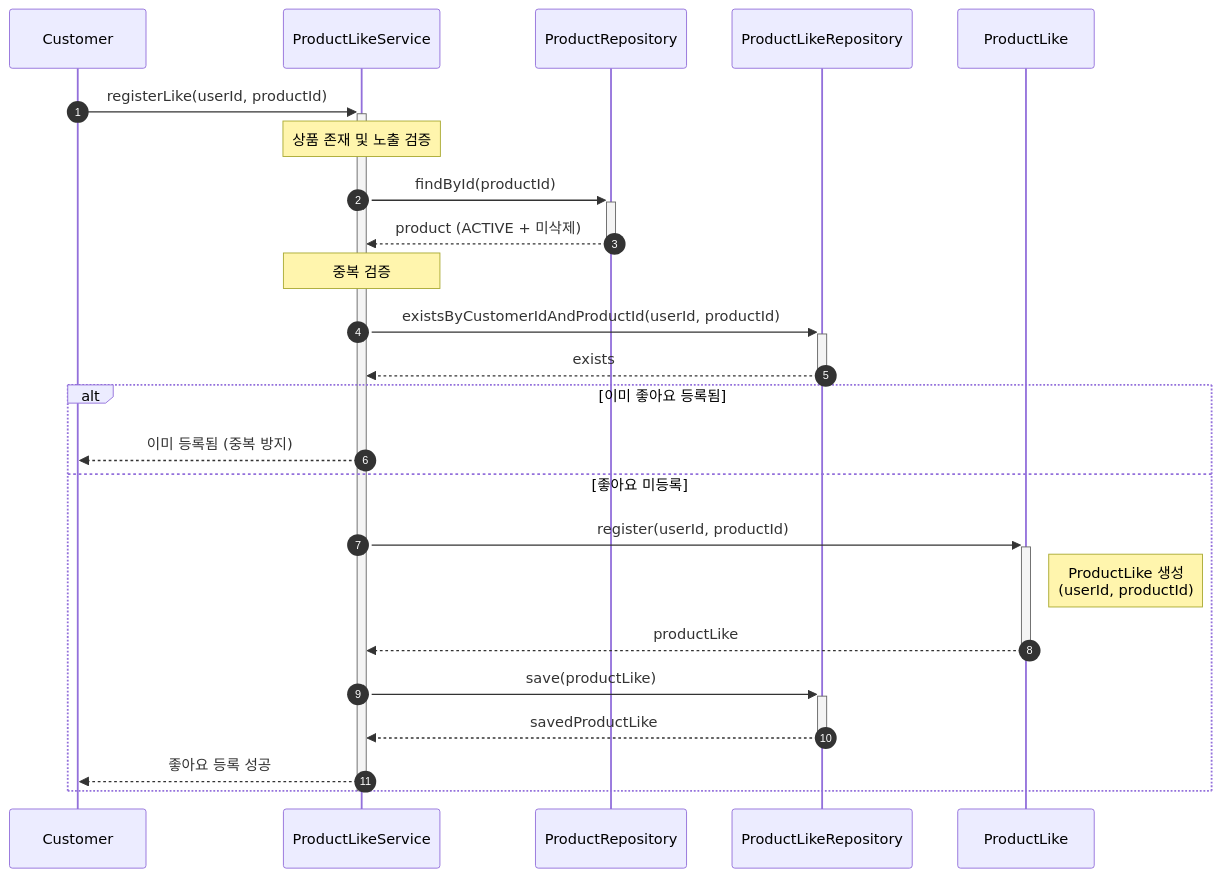
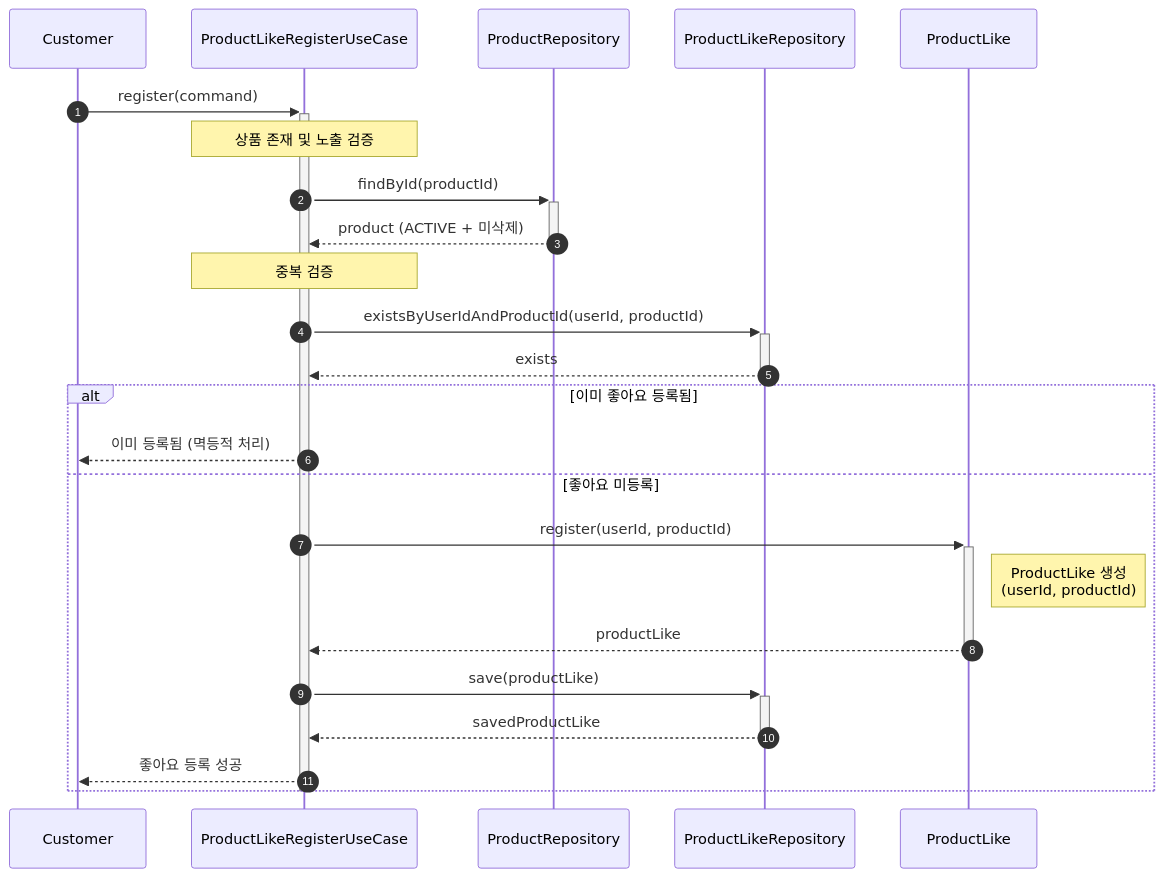
One commit to Loopers-dev-lab/loop-pack-be-l2-vol3-kotlin changed the third of 5 diagrams in docs/design/03-sequence-diagram.md. Above: the diagram before and after it, drawn with Mermaid. The commit also changed other lines of this file and 1 other file, not shown here.

Commit message:
docs: 클래스 다이어그램, 시퀀스 다이어그램 구현 반영
- Product 클래스: regularPrice/sellingPrice 분리, imageUrl/thumbnailUrl/likeCount 추가
- 시퀀스 다이어그램: ProductLikeService → ProductLikeRegisterUseCase 명칭 변경

````diff
--- a/docs/design/03-sequence-diagram.md
+++ b/docs/design/03-sequence-diagram.md
@@ -180,30 +180,30 @@
 ```mermaid
 sequenceDiagram
     autonumber
     participant C as Customer
-    participant PLS as ProductLikeService
+    participant PLS as ProductLikeRegisterUseCase
     participant PR as ProductRepository
     participant PLR as ProductLikeRepository
     participant PL as ProductLike
-    C ->>+ PLS: registerLike(userId, productId)
+    C ->>+ PLS: register(command)
     Note over PLS: 상품 존재 및 노출 검증
     PLS ->>+ PR: findById(productId)
     PR -->>- PLS: product (ACTIVE + 미삭제)
 
     Note over PLS: 중복 검증
-    PLS ->>+ PLR: existsByCustomerIdAndProductId(userId, productId)
+    PLS ->>+ PLR: existsByUserIdAndProductId(userId, productId)
     PLR -->>- PLS: exists
 
     alt 이미 좋아요 등록됨
-        PLS -->> C: 이미 등록됨 (중복 방지)
+        PLS -->> C: 이미 등록됨 (멱등적 처리)
     else 좋아요 미등록
         PLS ->>+ PL: register(userId, productId)
         Note right of PL: ProductLike 생성<br/>(userId, productId)
         PL -->>- PLS: productLike
         PLS ->>+ PLR: save(productLike)
         PLR -->>- PLS: savedProductLike
         PLS -->> C: 좋아요 등록 성공
     end
 
     deactivate PLS
 ```
````
